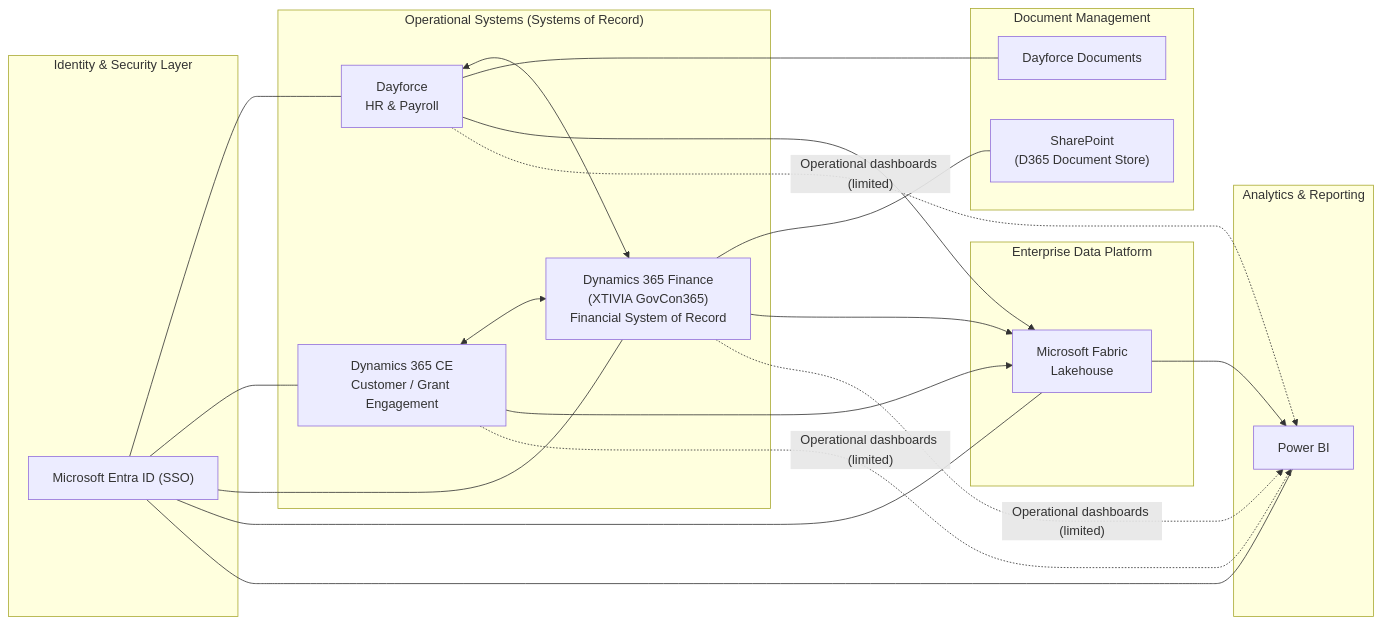
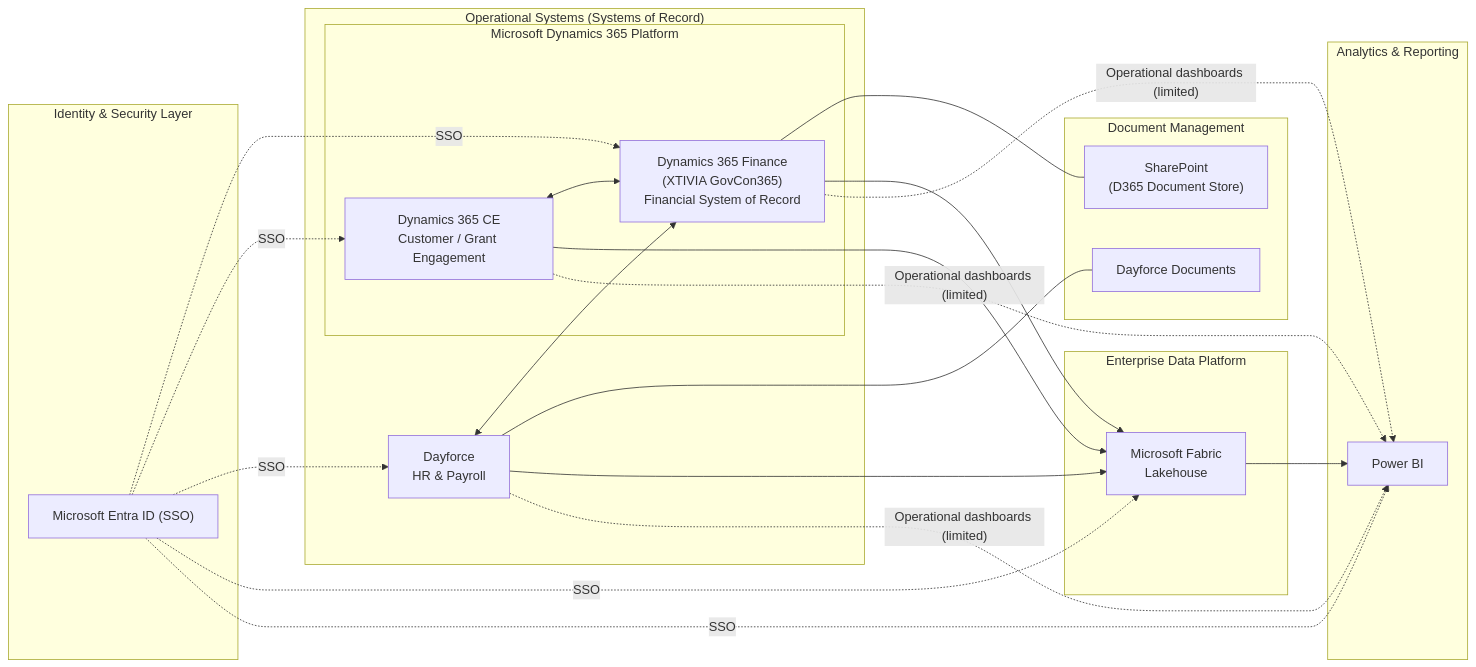
The first of 2 diagrams in README.md (stimm-solutionstreet/AIR), drawn with Mermaid before and after one commit. The commit also changed other lines of this file, not shown here.

````diff
--- a/README.md
+++ b/README.md
@@ -5,52 +5,58 @@
 ```mermaid
 flowchart LR
 
   subgraph Identity["Identity & Security Layer"]
     Entra["Microsoft Entra ID (SSO)"]
   end
 
   subgraph Operational["Operational Systems (Systems of Record)"]
     DF["Dayforce<br/>HR & Payroll"]
-    CE["Dynamics 365 CE<br/>Customer / Grant Engagement"]
-    FIN["Dynamics 365 Finance<br/>(XTIVIA GovCon365)<br/>Financial System of Record"]
+
+    subgraph D365["Microsoft Dynamics 365 Platform"]
+      CE["Dynamics 365 CE<br/>Customer / Grant Engagement"]
+      FIN["Dynamics 365 Finance<br/>(XTIVIA GovCon365)<br/>Financial System of Record"]
+    end
+
   end
 
   subgraph Documents["Document Management"]
     SP["SharePoint<br/>(D365 Document Store)"]
     DFDOC["Dayforce Documents"]
   end
 
   subgraph Data["Enterprise Data Platform"]
     FAB["Microsoft Fabric<br/>Lakehouse"]
   end
 
   subgraph Analytics["Analytics & Reporting"]
     PBI["Power BI"]
   end
 
   %% Identity
-  Entra --- DF
-  Entra --- CE
-  Entra --- FIN
-  Entra --- FAB
-  Entra --- PBI
+Entra -. "SSO" .-> FIN
+Entra -. "SSO" .-> CE
+Entra -. "SSO" .-> DF
+Entra -. "SSO" .-> FAB
+Entra -. "SSO" .-> PBI
 
   %% Operational sync relationships
   DF <--> FIN
   CE <--> FIN
 
   %% Documents
   FIN --- SP
   DF --- DFDOC
 
-  %% Primary reporting path (governed analytics)
+  %% Data ingestion
   DF --> FAB
   CE --> FAB
   FIN --> FAB
+  
+  %% Primary reporting path
   FAB --> PBI
 
   %% Optional operational reporting (direct-to-SOR)
   DF -. "Operational dashboards (limited)" .-> PBI
   CE -. "Operational dashboards (limited)" .-> PBI
   FIN -. "Operational dashboards (limited)" .-> PBI
 ```
````
